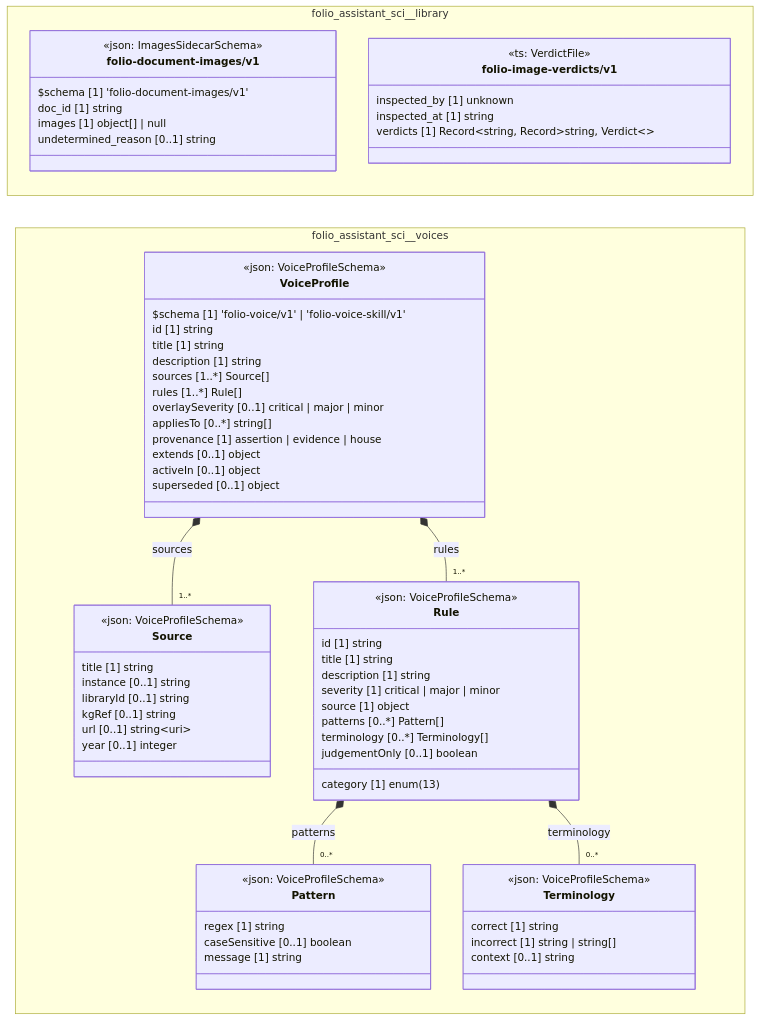
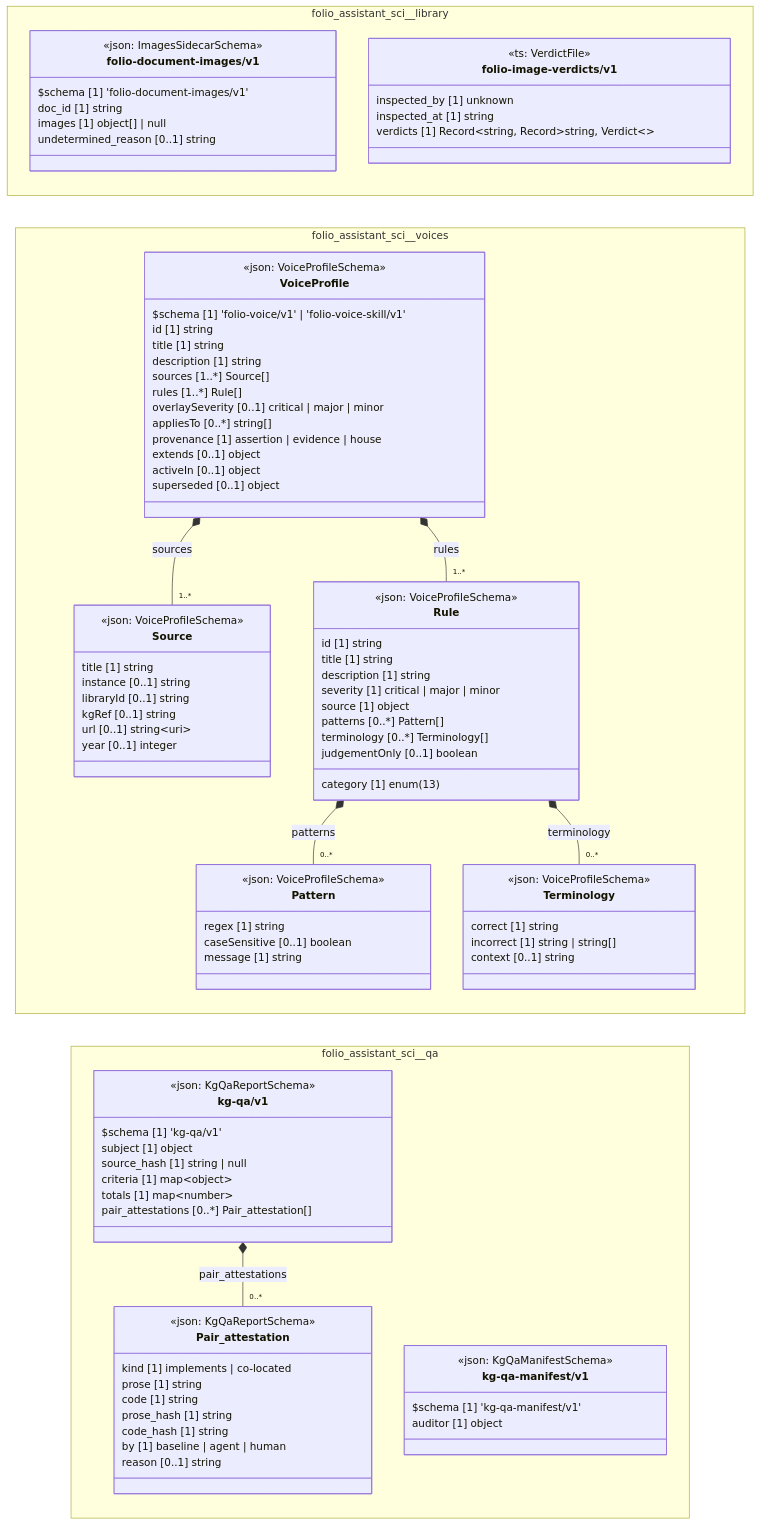
One commit to litlfred/folio-assistant changed the diagram in cat-harness/docs/uml/overview/folio-assistant-sci.md. Above: the diagram before and after it, drawn with Mermaid. The commit also changed other lines of this file and 275 other files, not shown here.

````diff
--- a/cat-harness/docs/uml/overview/folio-assistant-sci.md
+++ b/cat-harness/docs/uml/overview/folio-assistant-sci.md
@@ -109,6 +111,32 @@
       superseded [0..1] object
     }
   }
+  namespace folio_assistant_sci__qa {
+    class folio_assistant_sci_qa_kg_qa_v1_Pair_attestation["Pair_attestation"] {
+      <<json: KgQaReportSchema>>
+      kind [1] implements | co-located
+      prose [1] string
+      code [1] string
+      prose_hash [1] string
+      code_hash [1] string
+      by [1] baseline | agent | human
+      reason [0..1] string
+    }
+    class folio_assistant_sci_qa_kg_qa_v1_kg_qa_v1["kg-qa/v1"] {
+      <<json: KgQaReportSchema>>
+      $schema [1] 'kg-qa/v1'
+      subject [1] object
+      source_hash [1] string | null
+      criteria [1] map~object~
+      totals [1] map~number~
+      pair_attestations [0..*] Pair_attestation[]
+    }
+    class folio_assistant_sci_qa_kg_qa_manifest_v1_kg_qa_manifest_v1["kg-qa-manifest/v1"] {
+      <<json: KgQaManifestSchema>>
+      $schema [1] 'kg-qa-manifest/v1'
+      auditor [1] object
+    }
+  }
   cssClass "folio_assistant_sci_library_folio_document_images_v1_folio_document_images_v1" fa_uml_kind_library
   cssClass "folio_assistant_sci_library_folio_image_verdicts_v1" fa_uml_kind_library
   folio_assistant_sci_voices_VoiceProfile *-- "1..*" folio_assistant_sci_voices_Source : sources
@@ -120,4 +148,8 @@
   cssClass "folio_assistant_sci_voices_Terminology" fa_uml_kind_voices
   cssClass "folio_assistant_sci_voices_Rule" fa_uml_kind_voices
   cssClass "folio_assistant_sci_voices_VoiceProfile" fa_uml_kind_voices
+  folio_assistant_sci_qa_kg_qa_v1_kg_qa_v1 *-- "0..*" folio_assistant_sci_qa_kg_qa_v1_Pair_attestation : pair_attestations
+  cssClass "folio_assistant_sci_qa_kg_qa_v1_Pair_attestation" fa_uml_kind_qa
+  cssClass "folio_assistant_sci_qa_kg_qa_v1_kg_qa_v1" fa_uml_kind_qa
+  cssClass "folio_assistant_sci_qa_kg_qa_manifest_v1_kg_qa_manifest_v1" fa_uml_kind_qa
 ```
````
